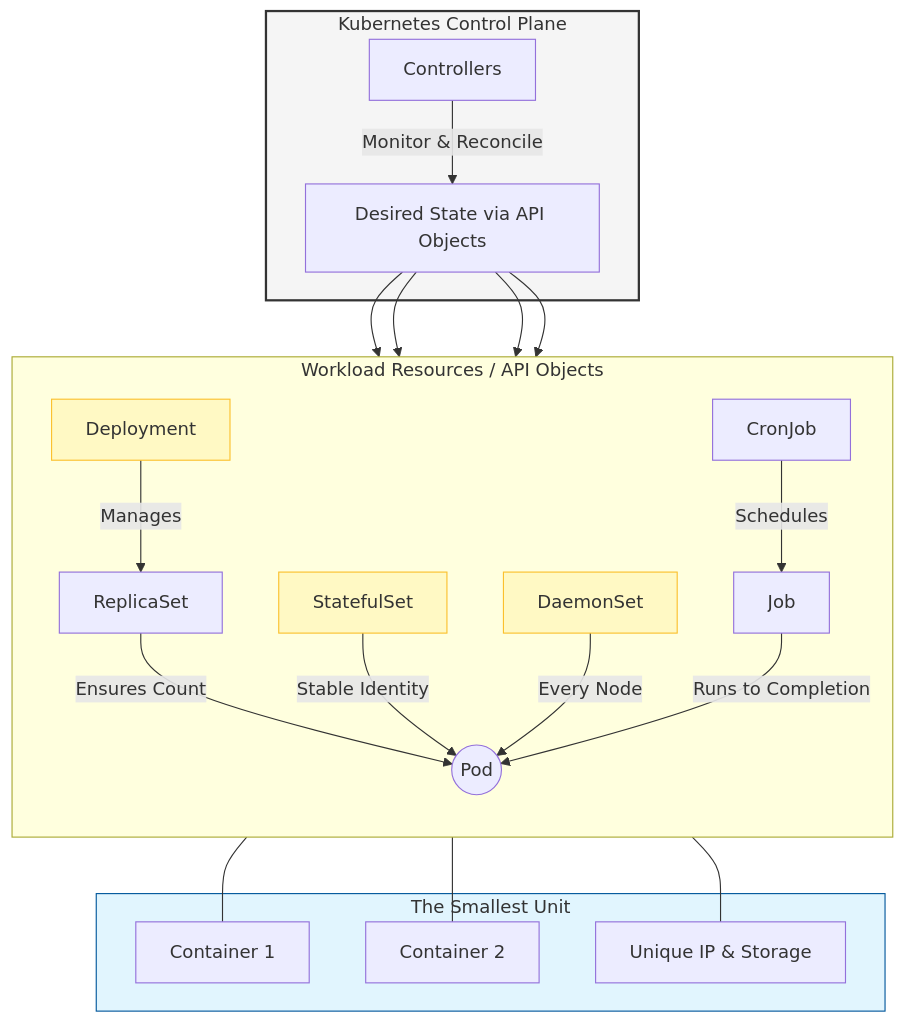
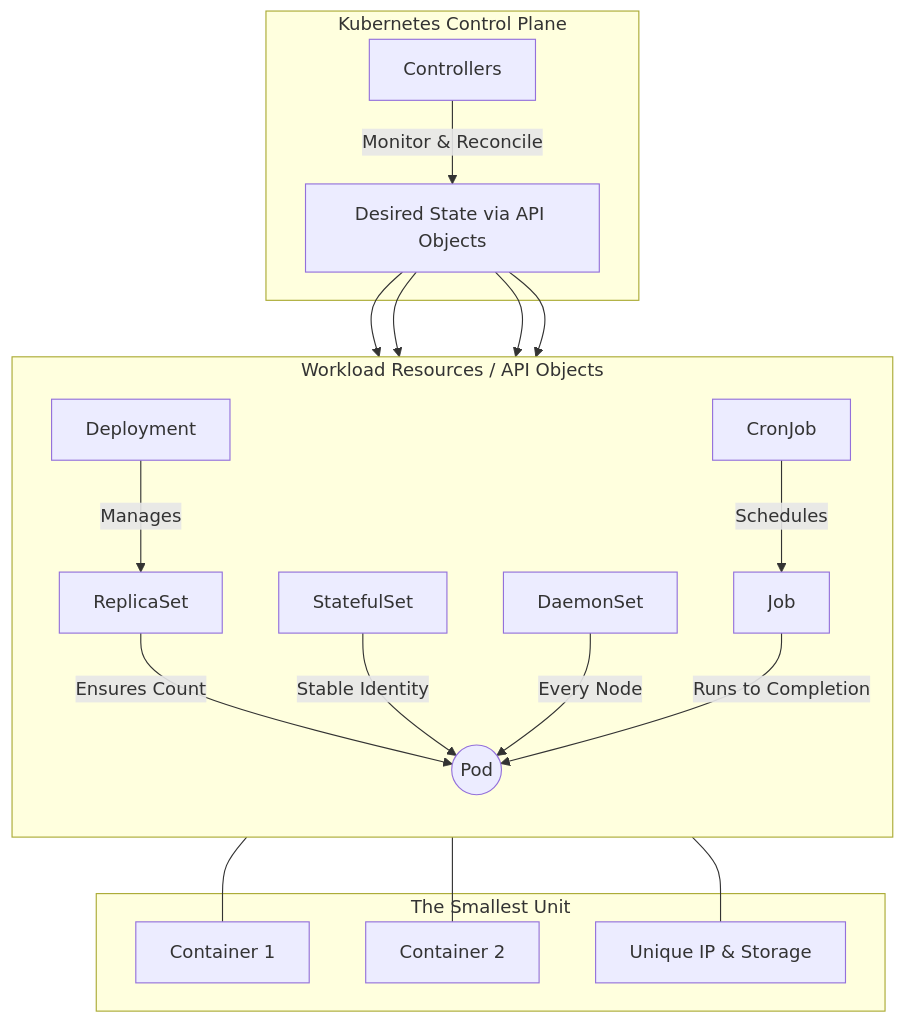
Before and after one commit to Aravind-devops-1/devops_ganesh: the first of 2 diagrams in 03-workload-management/01-workload-management-concepts/01.01-Workload_Management_Concepts.md, drawn with Mermaid. The commit also changed other lines of this file, not shown here.

````diff
--- a/03-workload-management/01-workload-management-concepts/01.01-Workload_Management_Concepts.md
+++ b/03-workload-management/01-workload-management-concepts/01.01-Workload_Management_Concepts.md
@@ -44,39 +44,32 @@
 ```mermaid
 graph TD
     subgraph Control_Plane [Kubernetes Control Plane]
         C[Controllers] -->|Monitor & Reconcile| OS[Desired State via API Objects]
     end
 
     subgraph Workload_Resources [Workload Resources / API Objects]
         direction TB
         D[Deployment] -->|Manages| RS[ReplicaSet]
         RS -->|Ensures Count| P
         
         SS[StatefulSet] -->|Stable Identity| P
         
         DS[DaemonSet] -->|Every Node| P
         
         J[Job] -->|Runs to Completion| P
         CJ[CronJob] -->|Schedules| J
     end
 
     subgraph Computing_Unit [The Smallest Unit]
         P((Pod))
         P --- C1[Container 1]
         P --- C2[Container 2]
         P --- IP[Unique IP & Storage]
     end
 
     %% Key Relationships
     OS --> D
     OS --> SS
     OS --> DS
     OS --> CJ
-    
-    %% Styling
-    style Control_Plane fill:#f5f5f5,stroke:#333,stroke-width:2px
-    style Computing_Unit fill:#e1f5fe,stroke:#01579b
-    style D fill:#fff9c4,stroke:#fbc02d
-    style SS fill:#fff9c4,stroke:#fbc02d
-    style DS fill:#fff9c4,stroke:#fbc02d
 ```
````
